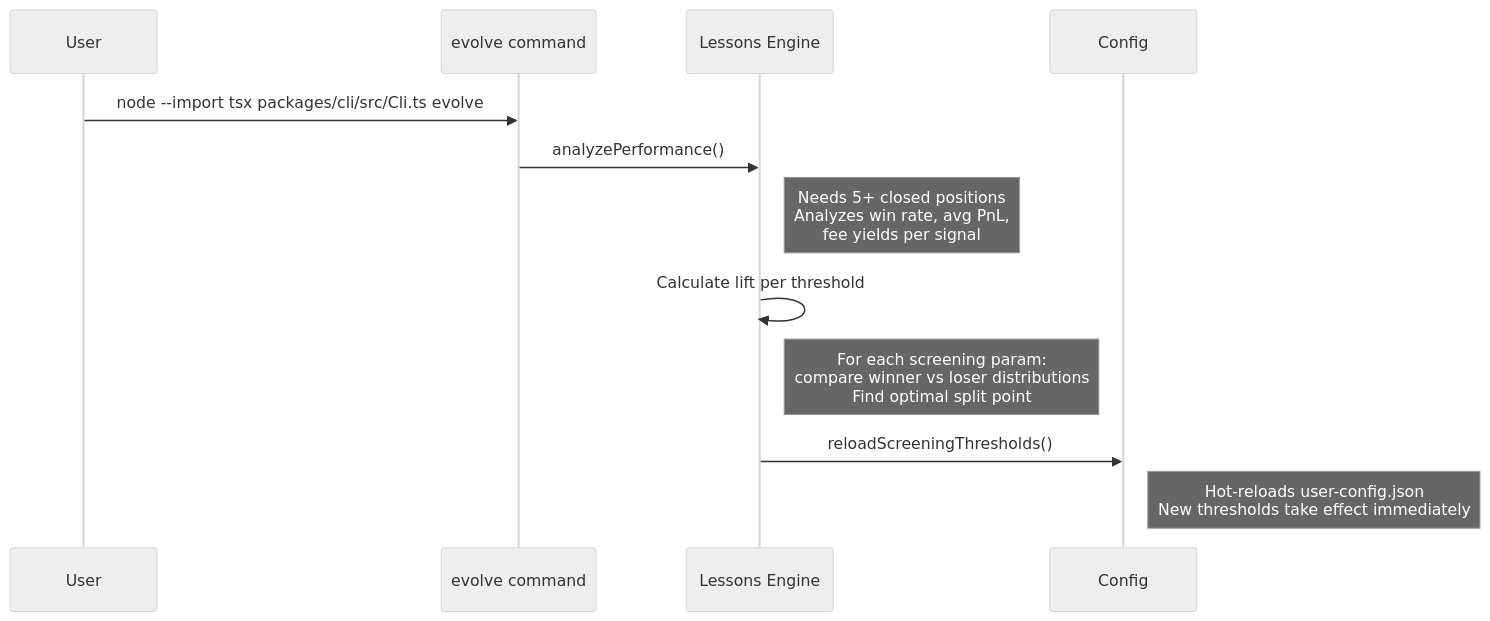
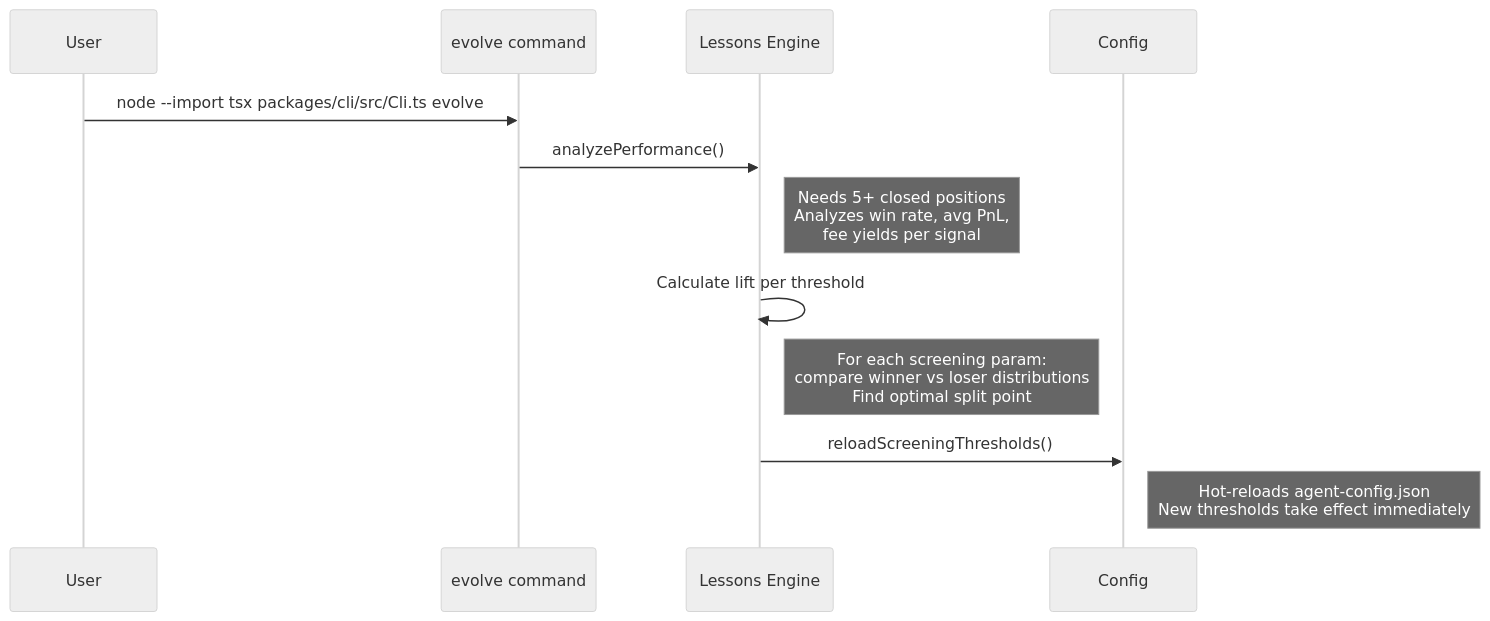
Diagram 15 of 18 in docs/FULL_FLOW.md (romankurnovskii/etemaro), drawn with Mermaid (neutral theme) before and after one commit. The commit also changed other lines of this file and 25 other files, not shown here.

First line of the commit message:
refactor(config): rename user-config terminology to agent-config

````diff
--- a/docs/FULL_FLOW.md
+++ b/docs/FULL_FLOW.md
@@ -709,17 +709,17 @@
 ```mermaid
 sequenceDiagram
     participant User
     participant CLI as evolve command
     participant Lessons as Lessons Engine
     participant Config as Config
 
     User->>CLI: node --import tsx packages/cli/src/Cli.ts evolve
     CLI->>Lessons: analyzePerformance()
     Note right of Lessons: Needs 5+ closed positions<br/>Analyzes win rate, avg PnL,<br/>fee yields per signal
 
     Lessons->>Lessons: Calculate lift per threshold
     Note right of Lessons: For each screening param:<br/>compare winner vs loser distributions<br/>Find optimal split point
 
     Lessons->>Config: reloadScreeningThresholds()
-    Note right of Config: Hot-reloads user-config.json<br/>New thresholds take effect immediately
+    Note right of Config: Hot-reloads agent-config.json<br/>New thresholds take effect immediately
 ```
````
